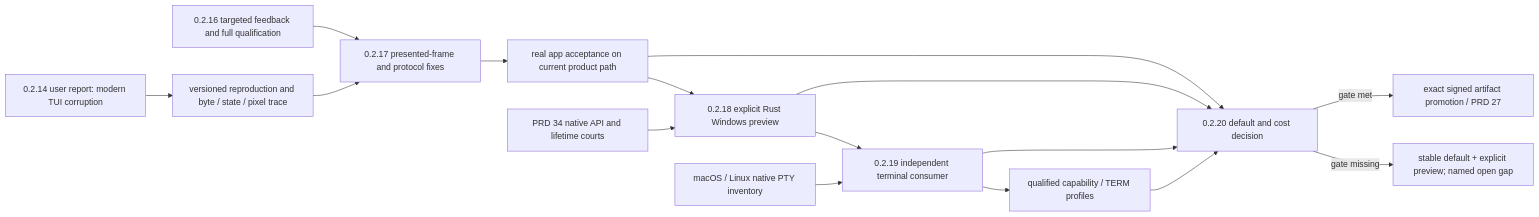
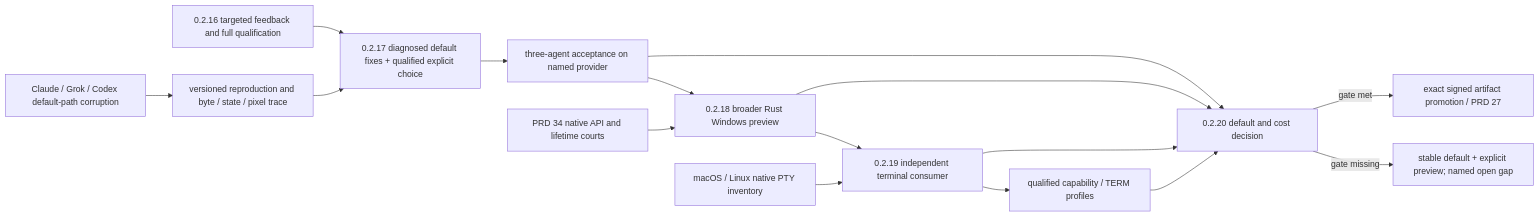
Before and after one commit to partnernetsoftware/minicon: the diagram in plan/plan-v0.2.x-product-roadmap.md, drawn with Mermaid. The commit also changed other lines of this file and 3 other files, not shown here.

Commit message:
Plan v0.2.17 agent terminal qualification and provider gates

````diff
--- a/plan/plan-v0.2.x-product-roadmap.md
+++ b/plan/plan-v0.2.x-product-roadmap.md
@@ -82,15 +82,15 @@
 ```mermaid
 flowchart LR
-    PAIN["0.2.14 user report: modern TUI corruption"] --> TRACE["versioned reproduction and byte / state / pixel trace"]
+    PAIN["Claude / Grok / Codex default-path corruption"] --> TRACE["versioned reproduction and byte / state / pixel trace"]
     TEST["0.2.16 targeted feedback and full qualification"] --> FIX
-    TRACE --> FIX["0.2.17 presented-frame and protocol fixes"]
-    FIX --> APP["real app acceptance on current product path"]
-    APP --> PREVIEW["0.2.18 explicit Rust Windows preview"]
+    TRACE --> FIX["0.2.17 diagnosed default fixes + qualified explicit choice"]
+    FIX --> APP["three-agent acceptance on named provider"]
+    APP --> PREVIEW["0.2.18 broader Rust Windows preview"]
     WIN["PRD 34 native API and lifetime courts"] --> PREVIEW
     PREVIEW --> CONTRACT["0.2.19 independent terminal consumer"]
     POSIX["macOS / Linux native PTY inventory"] --> CONTRACT
     CONTRACT --> PROFILE["qualified capability / TERM profiles"]
     APP & PREVIEW & CONTRACT & PROFILE --> DECIDE["0.2.20 default and cost decision"]
     DECIDE -->|"gate met"| RELEASE["exact signed artifact promotion / PRD 27"]
     DECIDE -->|"gate missing"| KEEP["stable default + explicit preview; named open gap"]
 ```
````
